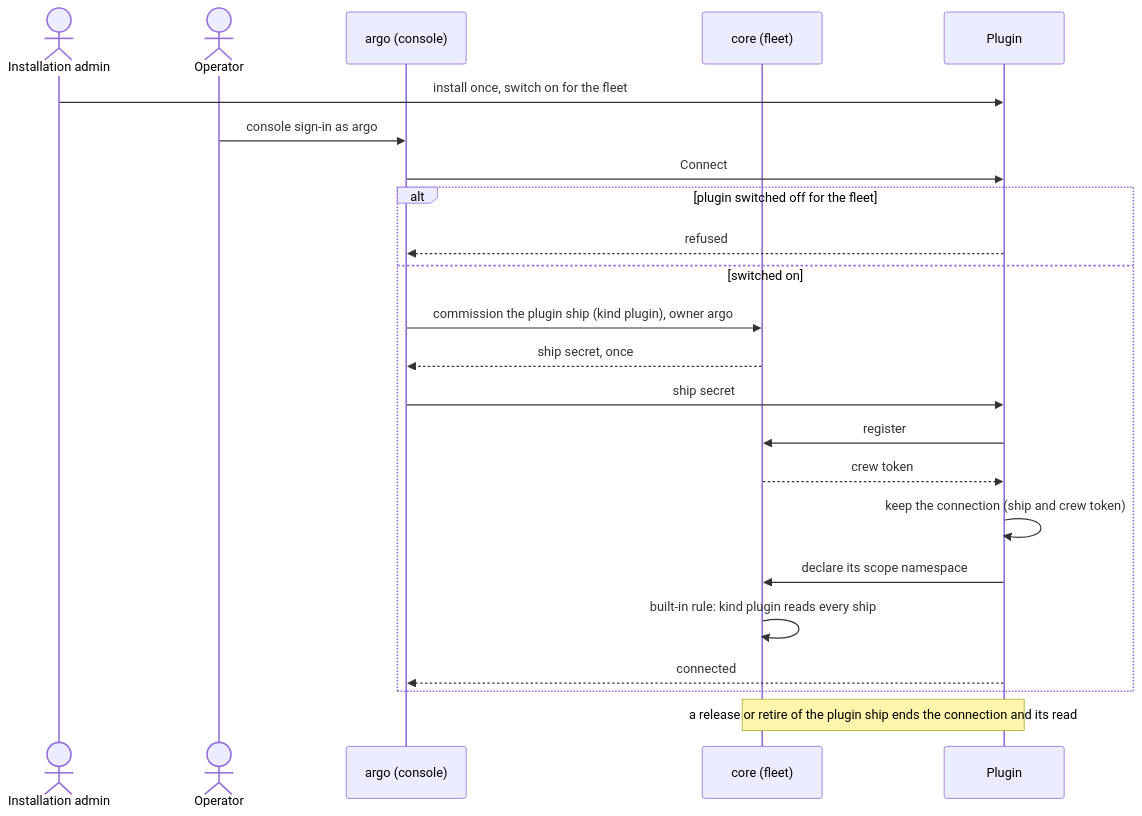
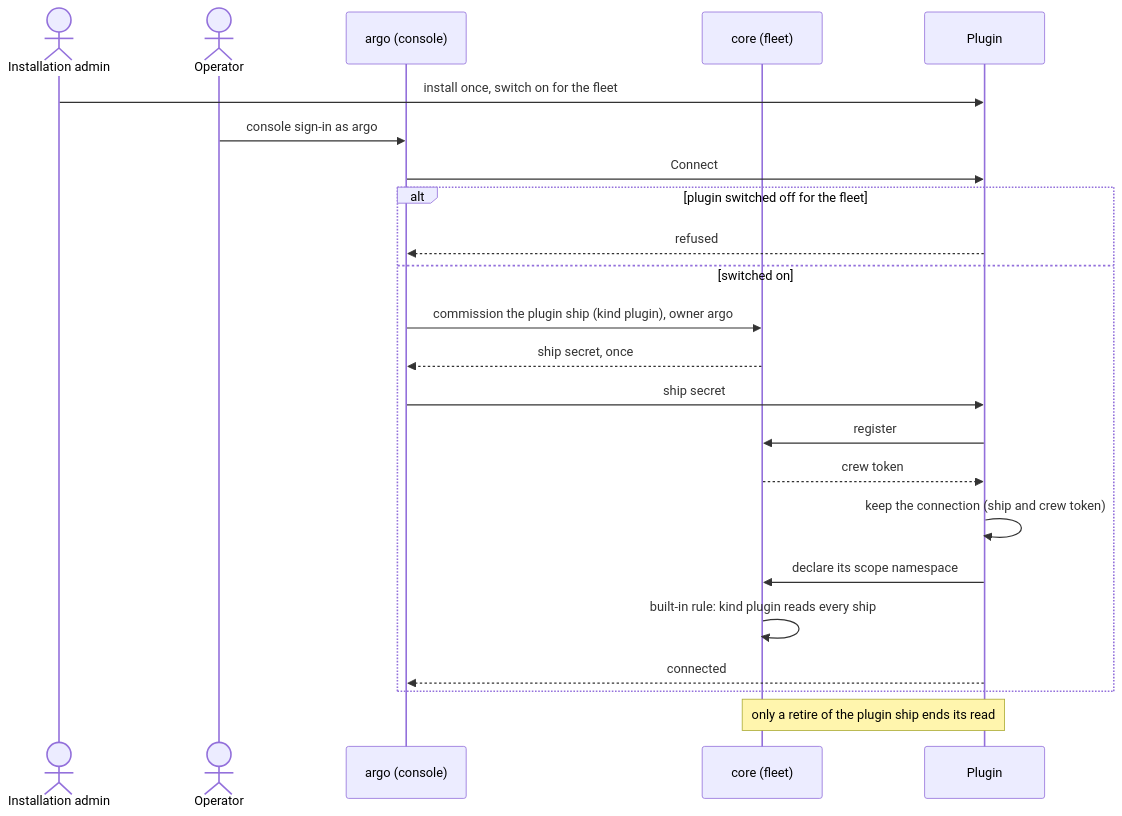
One commit to ThomasHendrickx/aeolus-fleet changed the eighth of 11 diagrams in docs/design/accounts/domain-model.md. Above: the diagram before and after it, drawn with Mermaid. The commit also changed other lines of this file and 3 other files, not shown here.

First line of the commit message:
docs: a plugin ship's read follows its kind, and only a retire ends it (decision 0050)

````diff
--- a/docs/design/accounts/domain-model.md
+++ b/docs/design/accounts/domain-model.md
@@ -616,25 +616,25 @@
 ```mermaid
 sequenceDiagram
   actor IA as Installation admin
   actor O as Operator
   participant A as argo (console)
   participant C as core (fleet)
   participant PL as Plugin
   IA->>PL: install once, switch on for the fleet
   O->>A: console sign-in as argo
   A->>PL: Connect
   alt plugin switched off for the fleet
     PL-->>A: refused
   else switched on
     A->>C: commission the plugin ship (kind plugin), owner argo
     C-->>A: ship secret, once
     A->>PL: ship secret
     PL->>C: register
     C-->>PL: crew token
     PL->>PL: keep the connection (ship and crew token)
     PL->>C: declare its scope namespace
     C->>C: built-in rule: kind plugin reads every ship
     PL-->>A: connected
   end
-  Note over C,PL: a release or retire of the plugin ship ends the connection and its read
+  Note over C,PL: only a retire of the plugin ship ends its read
 ```
````
